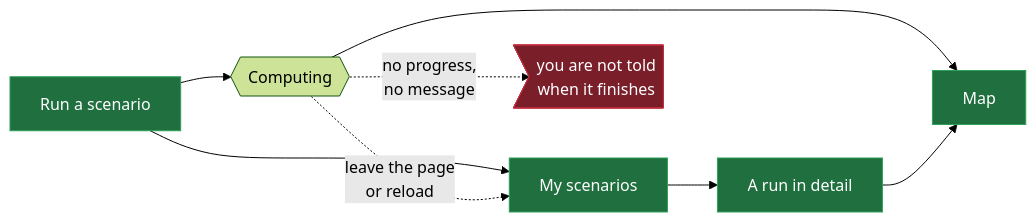
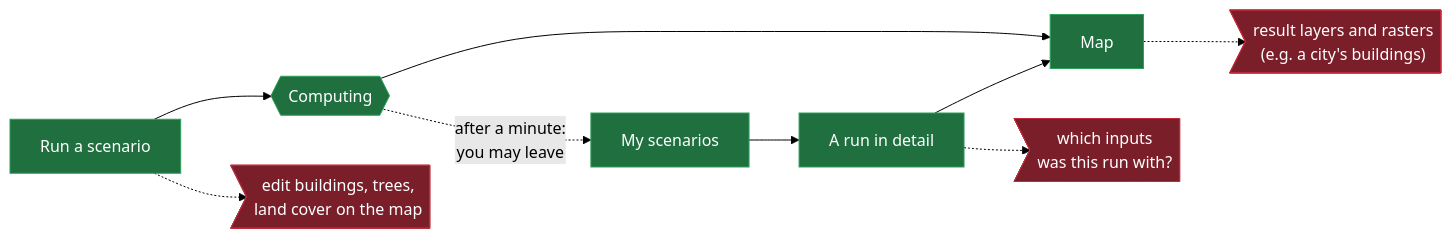
The second of 4 diagrams in docs/frontend-flow-en.md (Urban-Futures-Collective/ump-x-frontend), drawn with Mermaid (forest theme) before and after one commit. The commit also changed other lines of this file and 6 other files, not shown here.

First line of the commit message:
docs: bring README, frontend flow and architecture up to date

````diff
--- a/docs/frontend-flow-en.md
+++ b/docs/frontend-flow-en.md
@@ -98,15 +112,16 @@
 ```mermaid
 flowchart LR
     Run["Run a scenario"] --> W{{"Computing"}}
     W --> M["Map"]
-    Run --> S["My scenarios"]
-    W -.->|leave the page<br/>or reload| S
+    W -.->|after a minute:<br/>you may leave| S["My scenarios"]
     S --> D["A run in detail"]
     D --> M
-    W -.->|no progress,<br/>no message| G>"you are not told<br/>when it finishes"]
+    D -.-> I>"which inputs<br/>was this run with?"]
+    M -.-> L>"result layers and rasters<br/>(e.g. a city's buildings)"]
+    Run -.-> E>"edit buildings, trees,<br/>land cover on the map"]
 
     classDef built fill:#1f6f3f,stroke:#2ea05a,color:#fff
     classDef gap fill:#7a1f2a,stroke:#c02a3a,color:#fff
-    class Run,M,S,D built
-    class G gap
+    class Run,W,M,S,D built
+    class I,L,E gap
 ```
````
